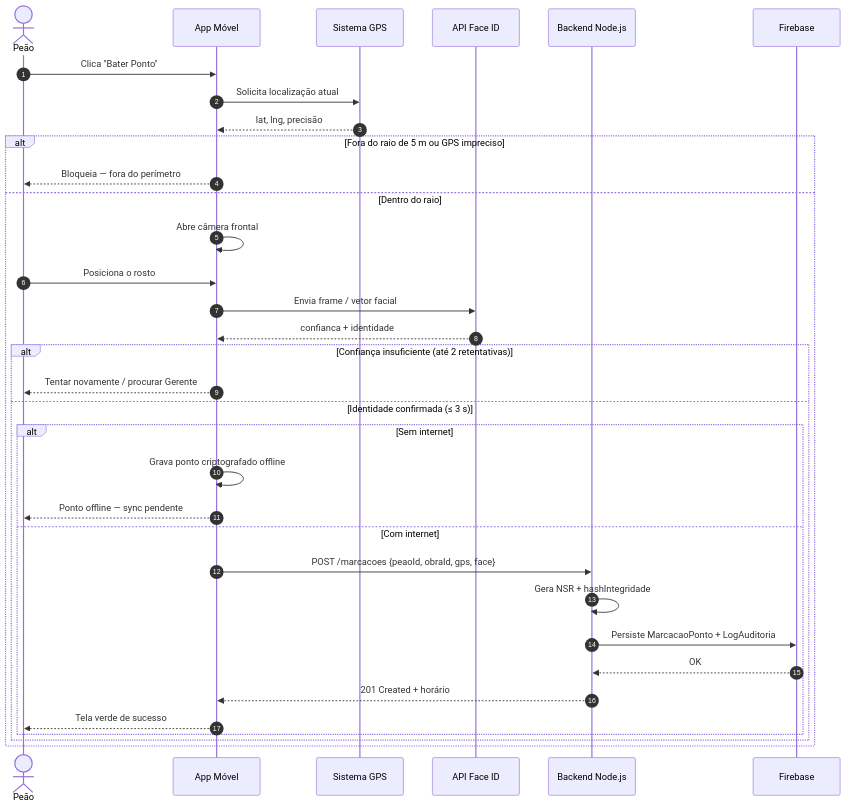
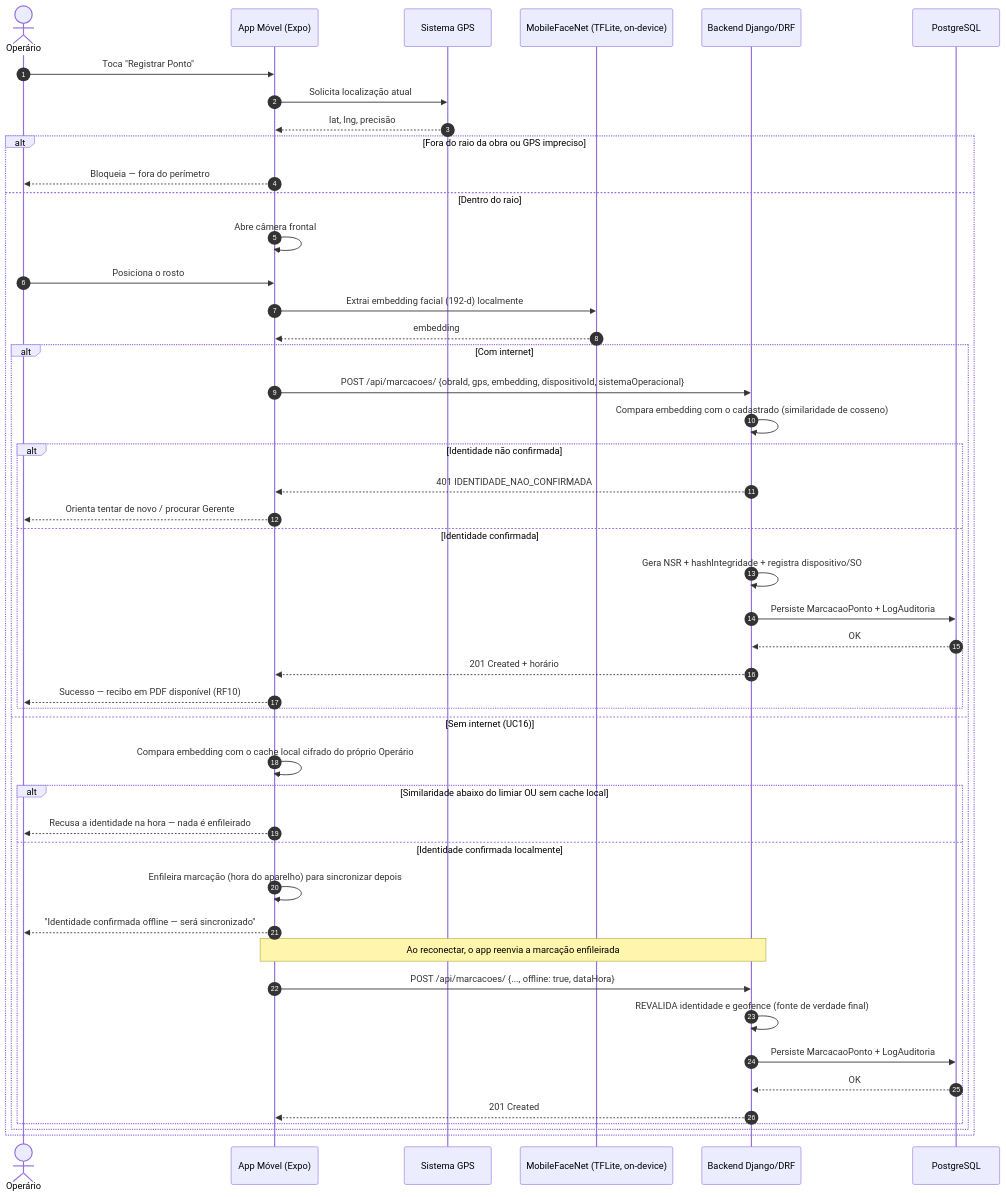
The first of 5 diagrams in docs/04-diagramas-de-sequencia.md (kelvinvass22/BuildPointIdAnexos), drawn with Mermaid before and after one commit. The commit also changed other lines of this file and 6 other files, not shown here.

First line of the commit message:
docs: atualizar requisitos, diagramas e notas da Etapa 3 para refletir o sistema implementado

````diff
--- a/docs/04-diagramas-de-sequencia.md
+++ b/docs/04-diagramas-de-sequencia.md
@@ -11,39 +13,52 @@
 ```mermaid
 sequenceDiagram
   autonumber
-  actor Peao as Peão
-  participant App as App Móvel
+  actor Operario as Operário
+  participant App as App Móvel (Expo)
   participant GPS as Sistema GPS
-  participant Face as API Face ID
-  participant API as Backend Node.js
-  participant DB as Firebase
+  participant TFLite as MobileFaceNet (TFLite, on-device)
+  participant API as Backend Django/DRF
+  participant DB as PostgreSQL
 
-  Peao->>App: Clica "Bater Ponto"
+  Operario->>App: Toca "Registrar Ponto"
   App->>GPS: Solicita localização atual
   GPS-->>App: lat, lng, precisão
 
-  alt Fora do raio de 5 m ou GPS impreciso
-    App-->>Peao: Bloqueia — fora do perímetro
+  alt Fora do raio da obra ou GPS impreciso
+    App-->>Operario: Bloqueia — fora do perímetro
   else Dentro do raio
     App->>App: Abre câmera frontal
-    Peao->>App: Posiciona o rosto
-    App->>Face: Envia frame / vetor facial
-    Face-->>App: confianca + identidade
+    Operario->>App: Posiciona o rosto
+    App->>TFLite: Extrai embedding facial (192-d) localmente
+    TFLite-->>App: embedding
 
-    alt Confiança insuficiente (até 2 retentativas)
-      App-->>Peao: Tentar novamente / procurar Gerente
-    else Identidade confirmada (≤ 3 s)
-      alt Sem internet
-        App->>App: Grava ponto criptografado offline
-        App-->>Peao: Ponto offline — sync pendente
-      else Com internet
-        App->>API: POST /marcacoes {peaoId, obraId, gps, face}
-        API->>API: Gera NSR + hashIntegridade
+    alt Com internet
+      App->>API: POST /api/marcacoes/ {obraId, gps, embedding, dispositivoId, sistemaOperacional}
+      API->>API: Compara embedding com o cadastrado (similaridade de cosseno)
+      alt Identidade não confirmada
+        API-->>App: 401 IDENTIDADE_NAO_CONFIRMADA
+        App-->>Operario: Orienta tentar de novo / procurar Gerente
+      else Identidade confirmada
+        API->>API: Gera NSR + hashIntegridade + registra dispositivo/SO
         API->>DB: Persiste MarcacaoPonto + LogAuditoria
         DB-->>API: OK
         API-->>App: 201 Created + horário
-        App-->>Peao: Tela verde de sucesso
+        App-->>Operario: Sucesso — recibo em PDF disponível (RF10)
+      end
+    else Sem internet (UC16)
+      App->>App: Compara embedding com o cache local cifrado do próprio Operário
+      alt Similaridade abaixo do limiar OU sem cache local
+        App-->>Operario: Recusa a identidade na hora — nada é enfileirado
+      else Identidade confirmada localmente
+        App->>App: Enfileira marcação (hora do aparelho) para sincronizar depois
+        App-->>Operario: "Identidade confirmada offline — será sincronizado"
+        Note over App,API: Ao reconectar, o app reenvia a marcação enfileirada
+        App->>API: POST /api/marcacoes/ {..., offline: true, dataHora}
+        API->>API: REVALIDA identidade e geofence (fonte de verdade final)
+        API->>DB: Persiste MarcacaoPonto + LogAuditoria
+        DB-->>API: OK
+        API-->>App: 201 Created
       end
     end
   end
 ```
````
